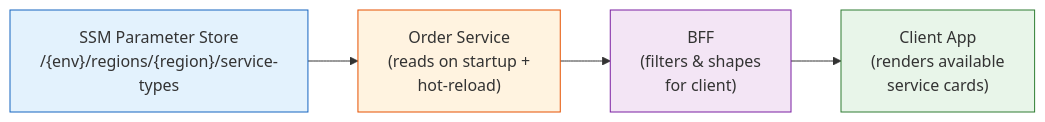
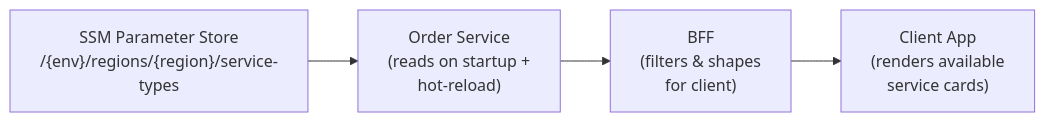
The second of 4 diagrams in 06-developer-guides/06-multi-region-patterns.md (rishikeshdhokare/platform-manifesto), drawn with Mermaid before and after one commit. The commit also changed other lines of this file and 14 other files, not shown here.

First line of the commit message:
fix: remove mermaid style directives (119 lines across 15 files)

````diff
--- a/06-developer-guides/06-multi-region-patterns.md
+++ b/06-developer-guides/06-multi-region-patterns.md
@@ -152,16 +148,12 @@
 ```mermaid
 flowchart LR
     SSM["SSM Parameter Store\n/{env}/regions/{region}/service-types"]
     SVC["Order Service\n(reads on startup +\nhot-reload)"]
     BFF["BFF\n(filters & shapes\nfor client)"]
     APP["Client App\n(renders available\nservice cards)"]
 
     SSM --> SVC
     SVC --> BFF
     BFF --> APP
 
-    style SSM fill:#e3f2fd,stroke:#1565c0
-    style SVC fill:#fff3e0,stroke:#e65100
-    style BFF fill:#f3e5f5,stroke:#7b1fa2
-    style APP fill:#e8f5e9,stroke:#2e7d32
 ```
````
